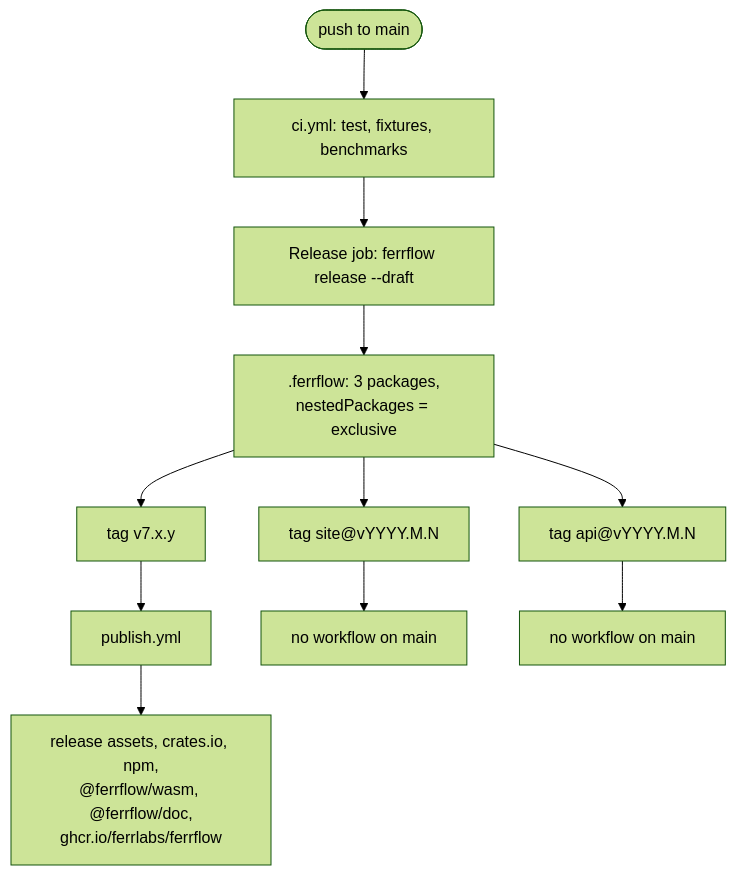
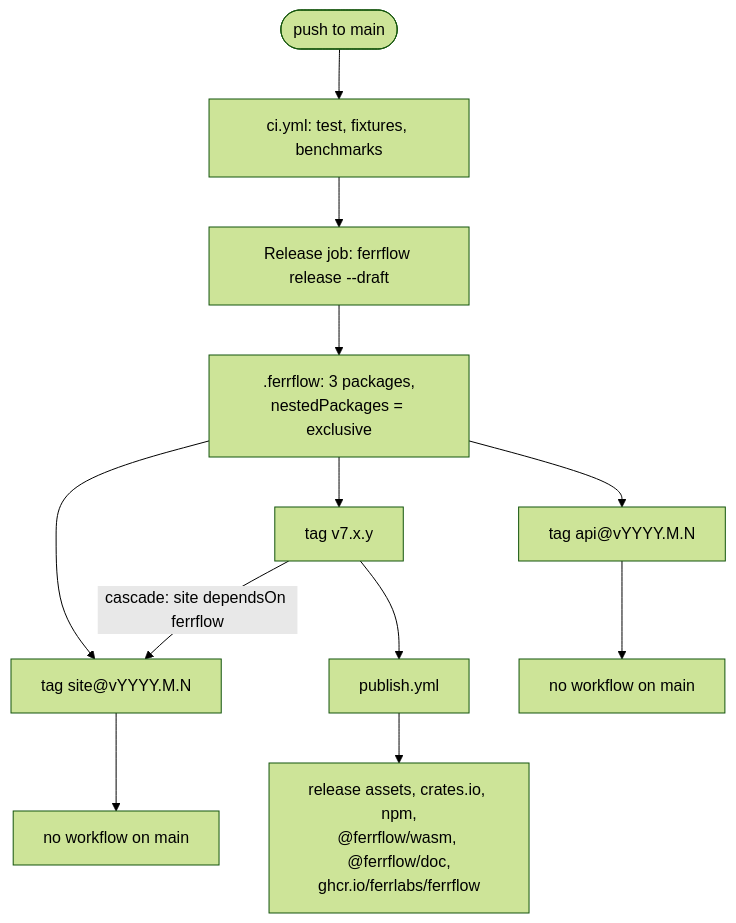
One commit to FerrLabs/FerrFlow changed the second of 2 diagrams in docs/diagrams/monorepo.md. Above: the diagram before and after it, drawn with Mermaid (forest theme). The commit also changed other lines of this file and 2 other files, not shown here.

Commit message:
fix(release): bump site with every CLI release so the embedded docs data ships

````diff
--- a/docs/diagrams/monorepo.md
+++ b/docs/diagrams/monorepo.md
@@ -31,13 +32,14 @@
 ```mermaid
 flowchart TB
     PUSH(["push to main"]) --> TESTS["ci.yml: test, fixtures, benchmarks"]
     TESTS --> REL["Release job: ferrflow release --draft"]
     REL --> CFG[".ferrflow: 3 packages,<br/>nestedPackages = exclusive"]
     CFG --> TCLI["tag v7.x.y"]
     CFG --> TSITE["tag site@vYYYY.M.N"]
+    TCLI -->|"cascade: site dependsOn ferrflow"| TSITE
     CFG --> TAPI["tag api@vYYYY.M.N"]
     TCLI --> PUB["publish.yml"]
     PUB --> OUT["release assets, crates.io, npm,<br/>@ferrflow/wasm, @ferrflow/doc,<br/>ghcr.io/ferrlabs/ferrflow"]
     TSITE --> NONE1["no workflow on main"]
     TAPI --> NONE2["no workflow on main"]
 ```
````
